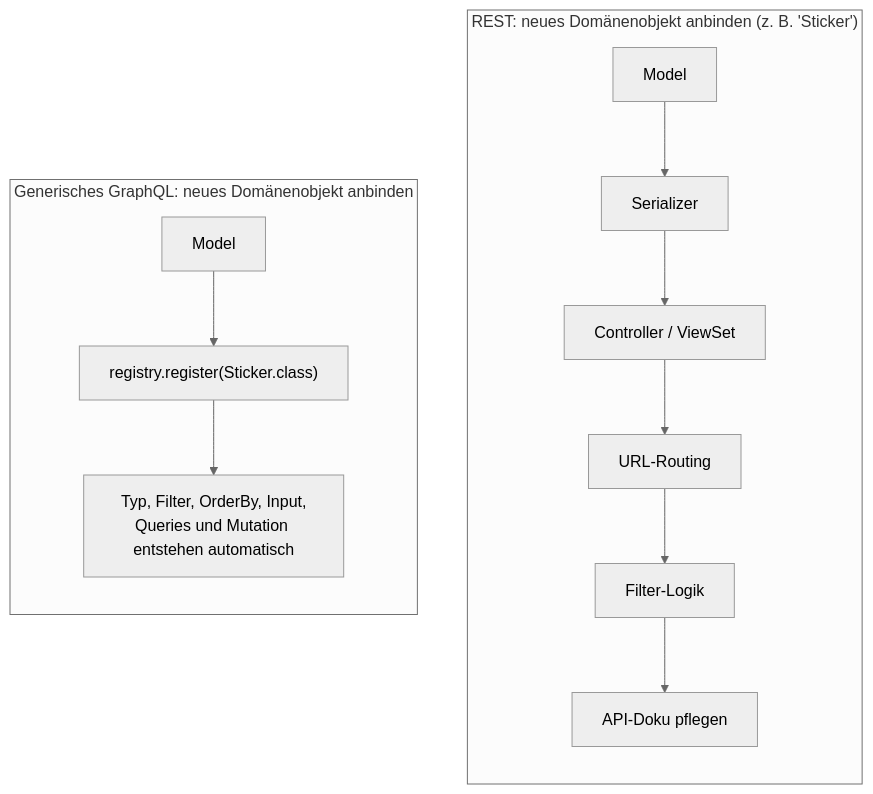
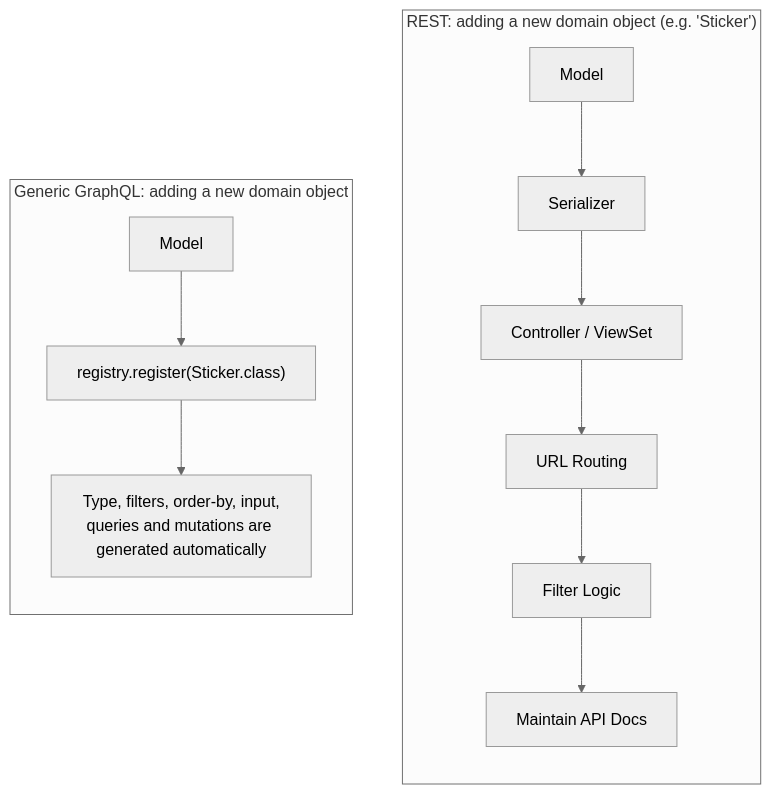
The fourth of 4 diagrams in README.md (r4mercur/generic-graphql), drawn with Mermaid (neutral theme) before and after one commit. The commit also changed other lines of this file and 2 other files, not shown here.

````diff
--- a/README.md
+++ b/README.md
@@ -105,18 +111,18 @@
 ```mermaid
 flowchart TB
-    subgraph REST["REST: neues Domänenobjekt anbinden (z. B. 'Sticker')"]
+    subgraph REST["REST: adding a new domain object (e.g. 'Sticker')"]
         direction TB
         R1[Model] --> R2[Serializer]
         R2 --> R3[Controller / ViewSet]
-        R3 --> R4[URL-Routing]
-        R4 --> R5[Filter-Logik]
-        R5 --> R6[API-Doku pflegen]
+        R3 --> R4[URL Routing]
+        R4 --> R5[Filter Logic]
+        R5 --> R6[Maintain API Docs]
     end
 
-    subgraph GQL["Generisches GraphQL: neues Domänenobjekt anbinden"]
+    subgraph GQL["Generic GraphQL: adding a new domain object"]
         direction TB
         G1[Model] --> G2["registry.register(Sticker.class)"]
-        G2 --> G3["Typ, Filter, OrderBy, Input,
-Queries und Mutation entstehen automatisch"]
+        G2 --> G3["Type, filters, order-by, input,
+queries and mutations are generated automatically"]
     end
 ```
````
